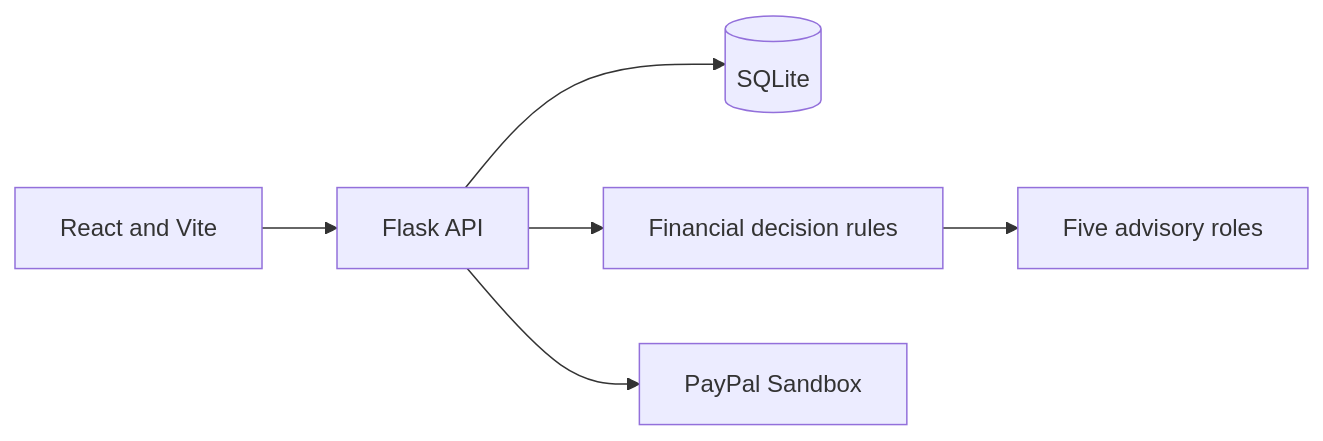
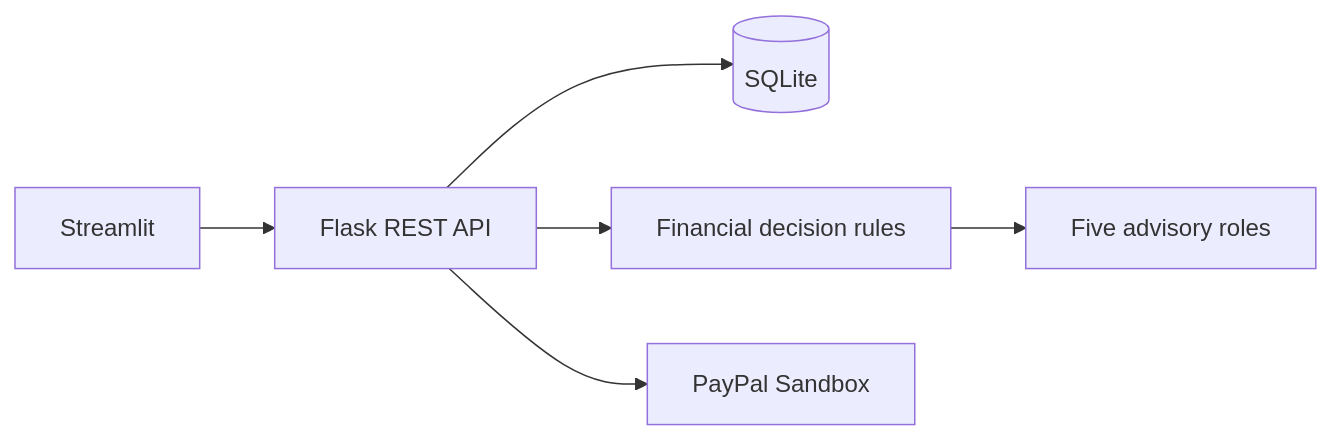
One commit to UzaibBashir/PayAhead changed the diagram in README.md. Above: the diagram before and after it, drawn with Mermaid. The commit also changed other lines of this file and 14 other files, not shown here.

Commit message:
Replaced the React/Vite frontend with a Streamlit app

````diff
--- a/README.md
+++ b/README.md
@@ -9,8 +9,8 @@
 ```mermaid
 flowchart LR
- UI[React and Vite] --> API[Flask API]
+ UI[Streamlit] --> API[Flask REST API]
  API --> DB[(SQLite)]
  API --> DEC[Financial decision rules]
  DEC --> AG[Five advisory roles]
  API --> PAY[PayPal Sandbox]
 ```
````
